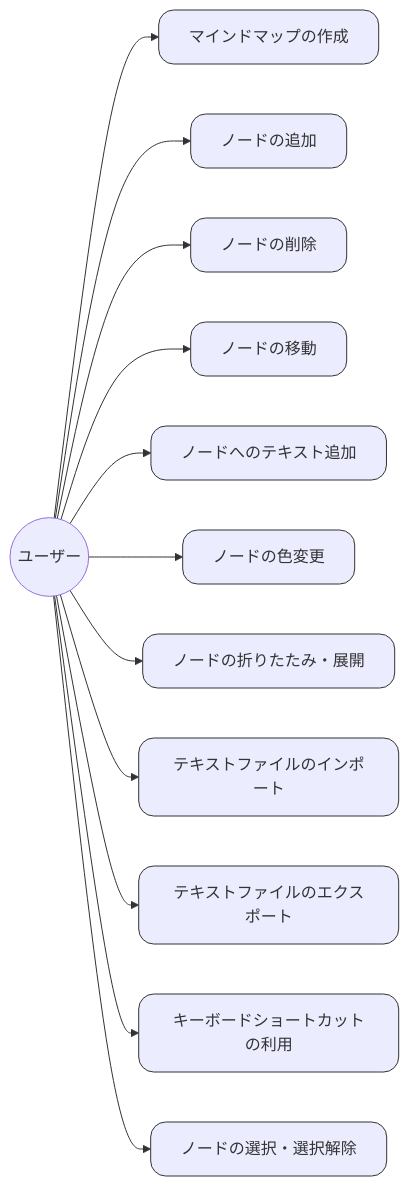
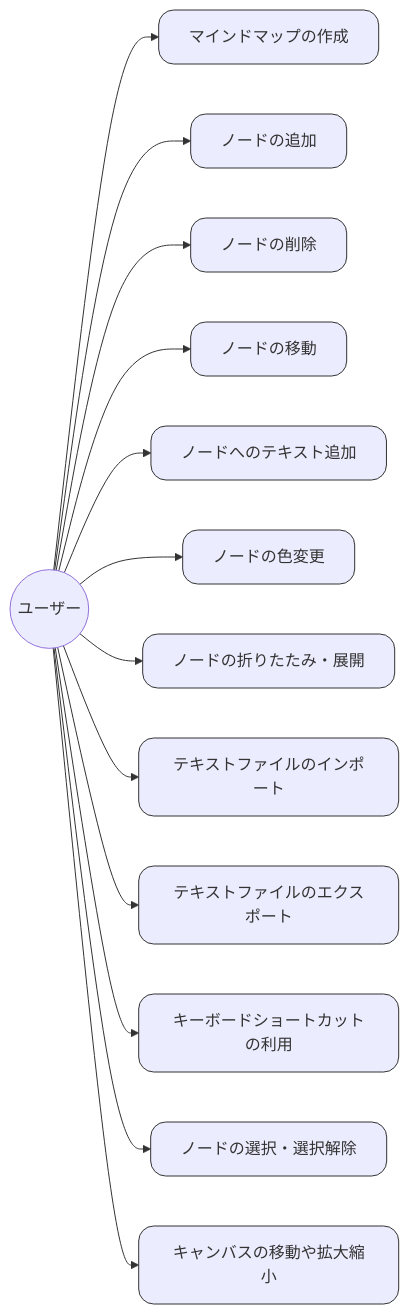
Before and after one commit to TakedaTakumi/hydrangea: the diagram in docs/RequirementsDefinition/scenario.md, drawn with Mermaid. The commit also changed other lines of this file and 5 other files, not shown here.

````diff
--- a/docs/RequirementsDefinition/scenario.md
+++ b/docs/RequirementsDefinition/scenario.md
@@ -23,33 +24,35 @@
 ```mermaid
 %% ユースケース図
 flowchart LR
     actor(("ユーザー"))
     
     UC1["マインドマップの作成"]
     UC2["ノードの追加"]
     UC3["ノードの削除"]
     UC4["ノードの移動"]
     UC5["ノードへのテキスト追加"]
     UC6["ノードの色変更"]
     UC7["ノードの折りたたみ・展開"]
     UC8["テキストファイルのインポート"]
     UC9["テキストファイルのエクスポート"]
     UC10["キーボードショートカットの利用"]
     UC11["ノードの選択・選択解除"]
+    UC12["キャンバスの移動や拡大縮小"]
     
     actor --> UC1
     actor --> UC2
     actor --> UC3
     actor --> UC4
     actor --> UC5
     actor --> UC6
     actor --> UC7
     actor --> UC8
     actor --> UC9
     actor --> UC10
     actor --> UC11
+    actor --> UC12
     
     %% ユースケースのスタイル設定
     classDef useCase stroke:#333,stroke-width:1px,rx:15,ry:15;
-    class UC1,UC2,UC3,UC4,UC5,UC6,UC7,UC8,UC9,UC10,UC11 useCase;
+    class UC1,UC2,UC3,UC4,UC5,UC6,UC7,UC8,UC9,UC10,UC11,UC12 useCase;
 ```
````
